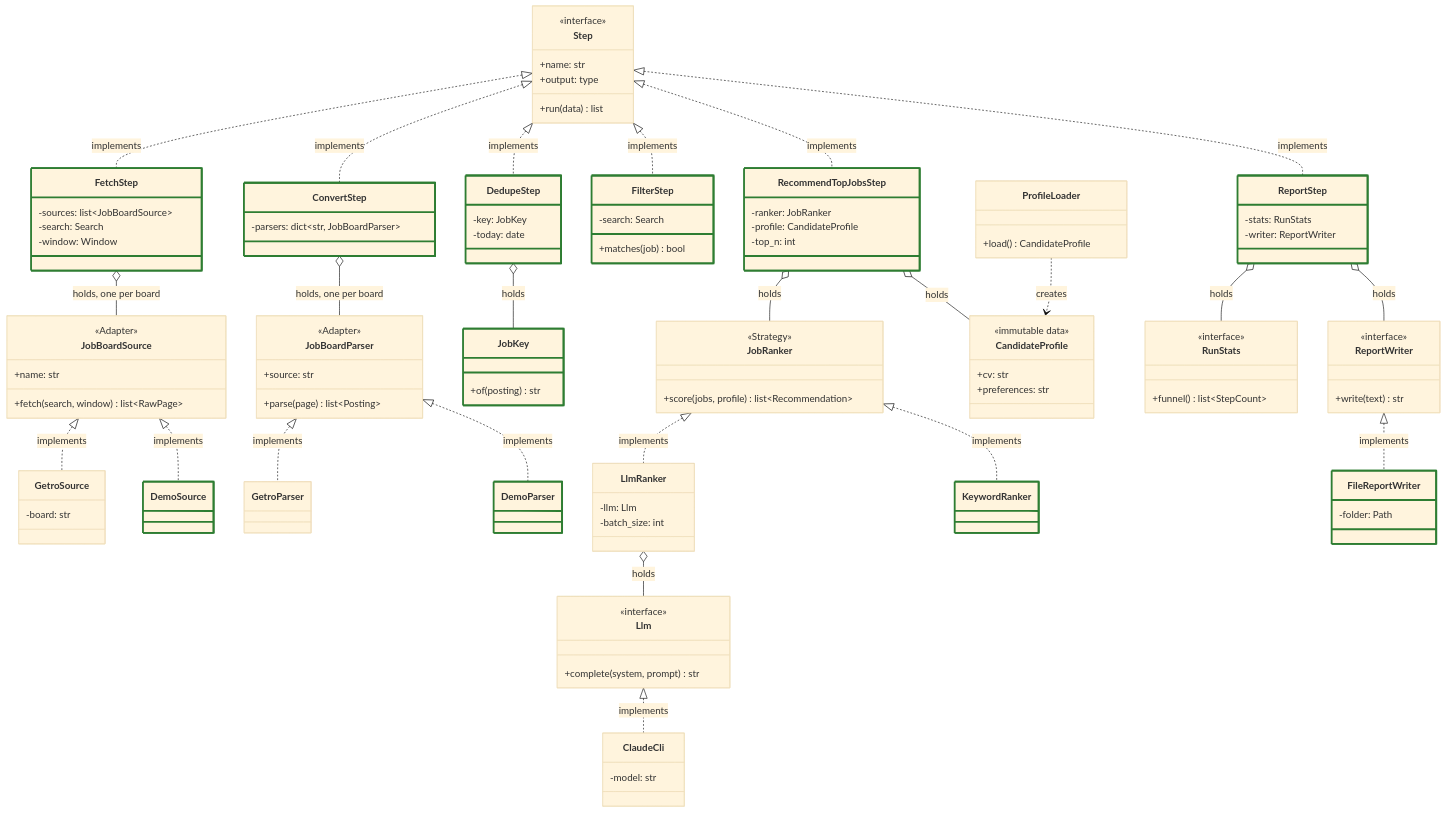
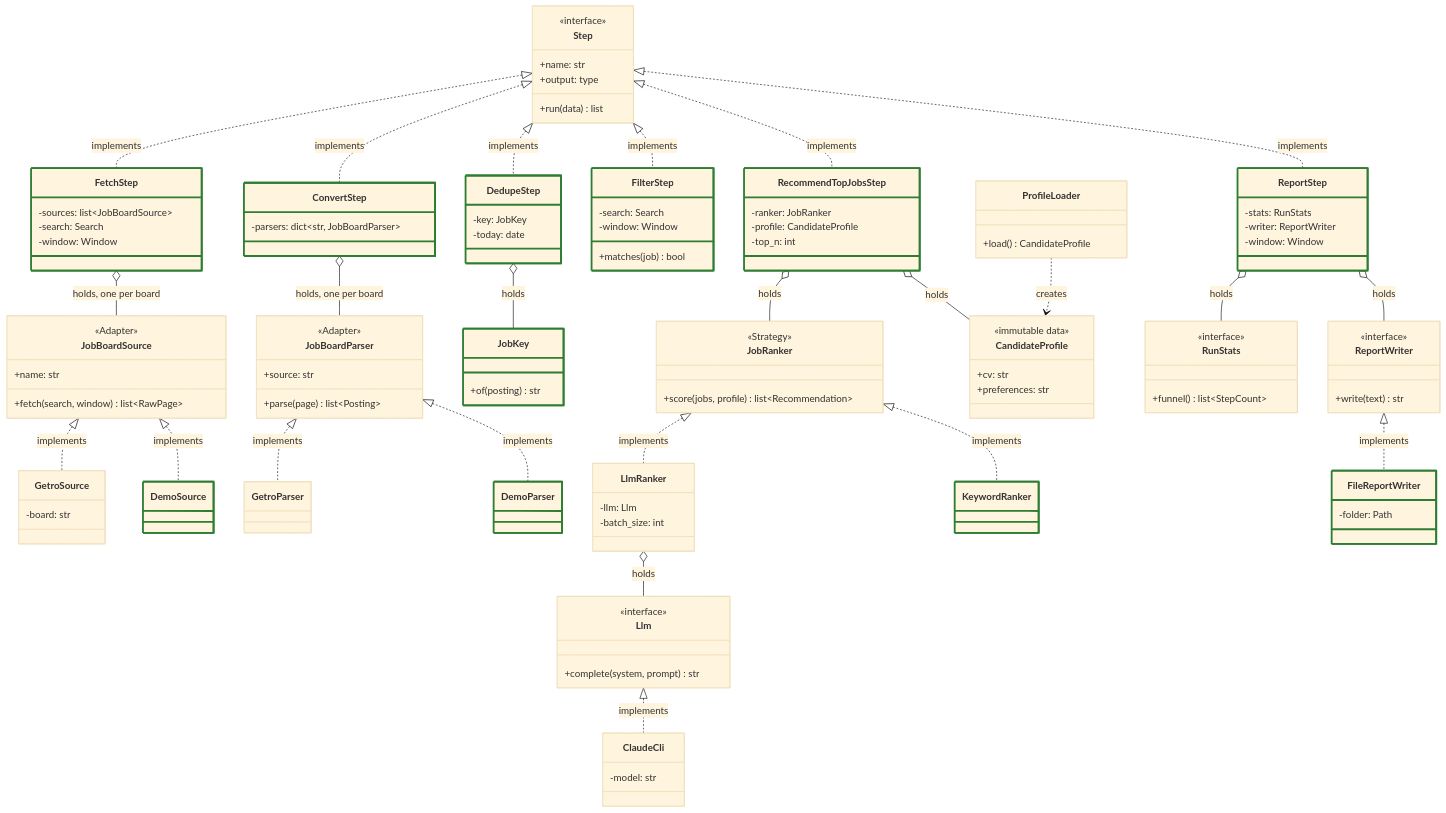
Before and after one commit to adailida/job-radar: the third of 5 diagrams in docs/architecture.md, drawn with Mermaid (base theme). The commit also changed other lines of this file and 26 other files, not shown here.

```diff
--- a/docs/architecture.md
+++ b/docs/architecture.md
@@ -147,6 +208,7 @@
     }
     class FilterStep {
         -search: Search
+        -window: Window
         +matches(job) bool
     }
     class RecommendTopJobsStep {
@@ -181,6 +243,7 @@
     class ReportStep {
         -stats: RunStats
         -writer: ReportWriter
+        -window: Window
     }
     class RunStats {
         <<interface>>
```
